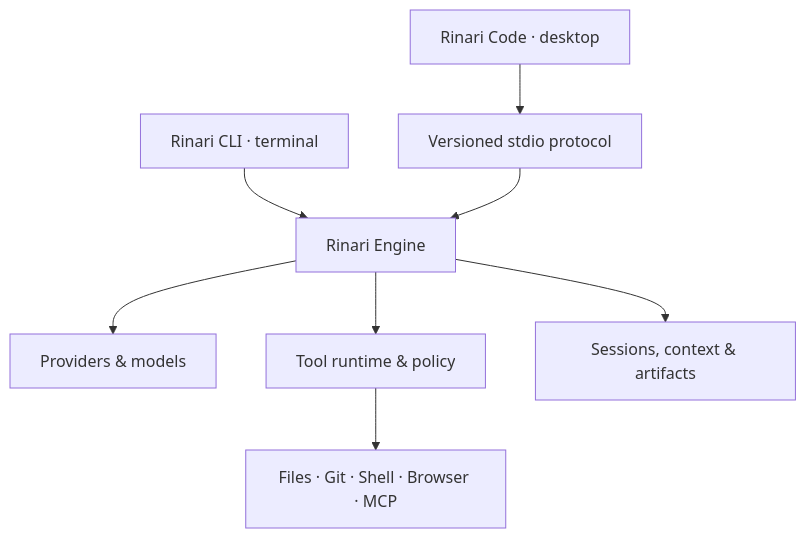
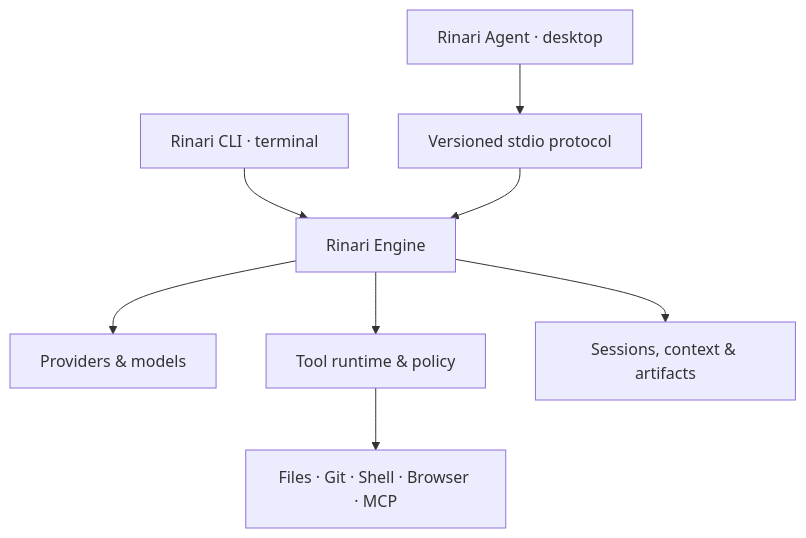
The diagram in README.md (Xainner/Rinari-CLI), drawn with Mermaid before and after one commit. The commit also changed other lines of this file and 56 other files, not shown here.

````diff
--- a/README.md
+++ b/README.md
@@ -96,10 +96,10 @@
 ```mermaid
 flowchart TD
     CLI["Rinari CLI · terminal"] --> Engine["Rinari Engine"]
-    Code["Rinari Code · desktop"] --> Protocol["Versioned stdio protocol"]
+    Code["Rinari Agent · desktop"] --> Protocol["Versioned stdio protocol"]
     Protocol --> Engine
     Engine --> Models["Providers & models"]
     Engine --> Runtime["Tool runtime & policy"]
     Engine --> State["Sessions, context & artifacts"]
     Runtime --> Tools["Files · Git · Shell · Browser · MCP"]
 ```
````
